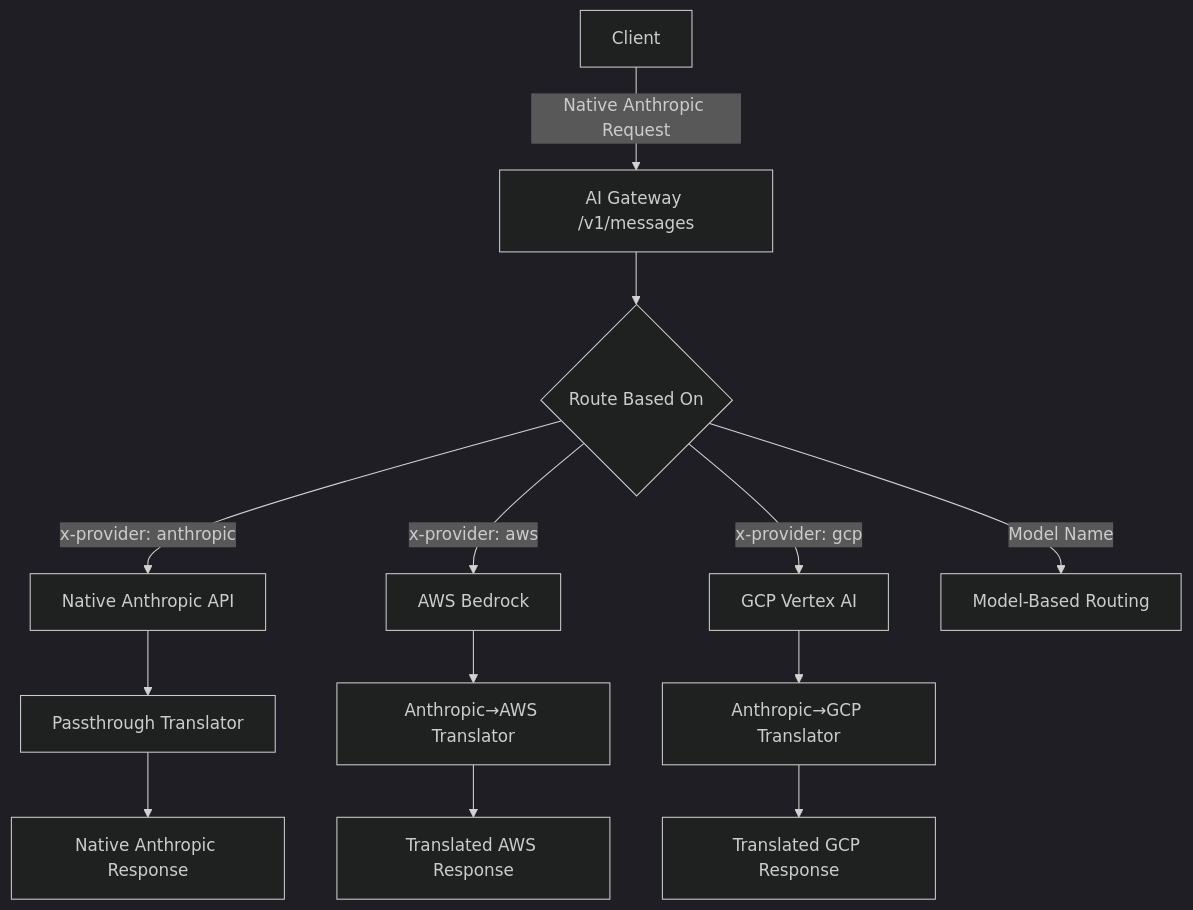
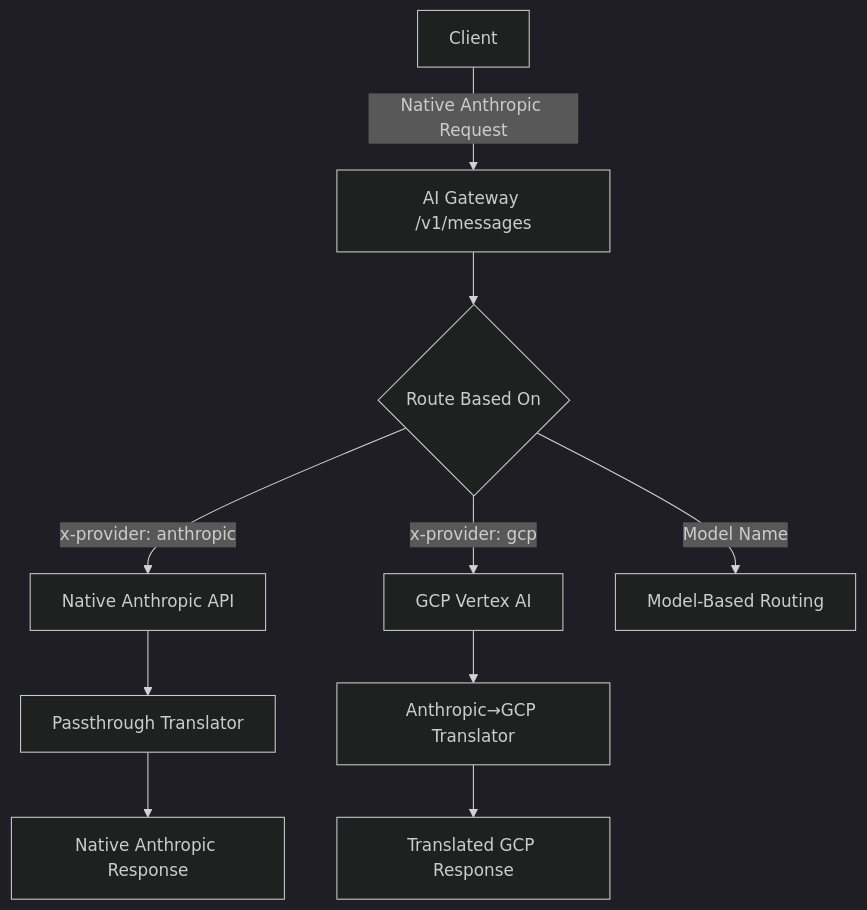
The diagram in examples/anthropic/README.md (envoyproxy/ai-gateway), drawn with Mermaid (dark theme) before and after one commit. The commit also changed other lines of this file and 17 other files, not shown here.

First line of the commit message:
Clean up AWS Bedrock references and fix linting issues

````diff
--- a/examples/anthropic/README.md
+++ b/examples/anthropic/README.md
@@ -325,17 +309,14 @@
 ```mermaid
 graph TD
     A[Client] -->|Native Anthropic Request| B[AI Gateway /v1/messages]
     B --> C{Route Based On}
     C -->|x-provider: anthropic| D[Native Anthropic API]
-    C -->|x-provider: aws| E[AWS Bedrock]
-    C -->|x-provider: gcp| F[GCP Vertex AI]
-    C -->|Model Name| G[Model-Based Routing]
-    
-    D --> H[Passthrough Translator]
-    E --> I[Anthropic→AWS Translator]
-    F --> J[Anthropic→GCP Translator]
-    
-    H --> K[Native Anthropic Response]
-    I --> L[Translated AWS Response]
-    J --> M[Translated GCP Response]
+    C -->|x-provider: gcp| E[GCP Vertex AI]
+    C -->|Model Name| F[Model-Based Routing]
+
+    D --> G[Passthrough Translator]
+    E --> H[Anthropic→GCP Translator]
+
+    G --> I[Native Anthropic Response]
+    H --> J[Translated GCP Response]
 ```
````
